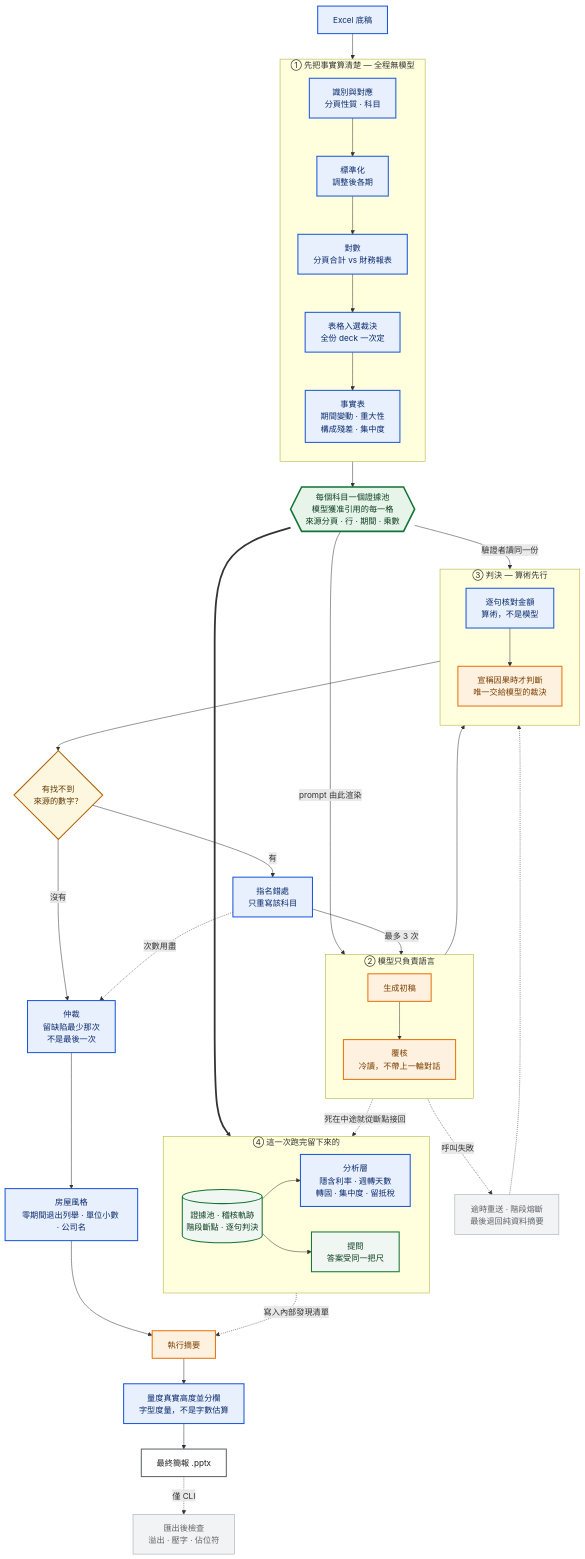
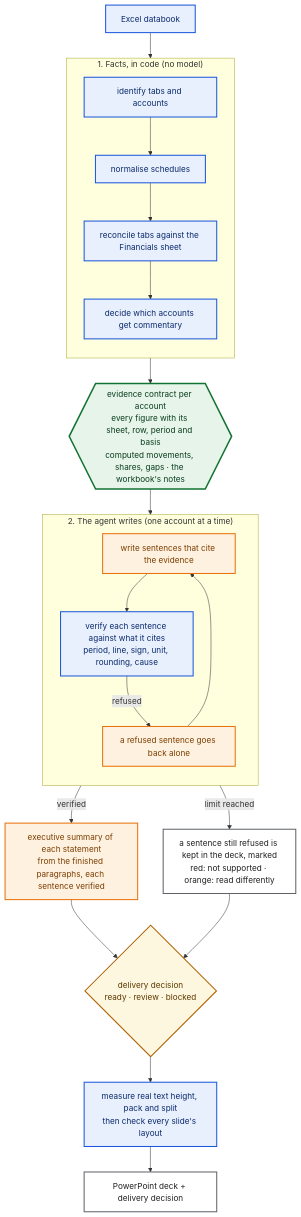
The diagram in README.md (yutsang/python-pptx), drawn with Mermaid before and after one commit. The commit also changed other lines of this file and 1 other file, not shown here.

Commit message:
README.md, methods.md describe the agent path (one path, no switch; what replaced each part of the old pipeline; the commands that exist). The local CLAUDE.md and AGENTS.md are updated the same way.

````diff
--- a/README.md
+++ b/README.md
@@ -61,83 +54,48 @@
     classDef det  fill:#E8F0FE,stroke:#1A56DB,stroke-width:2px,color:#0B2A6B
     classDef llm  fill:#FFF1E0,stroke:#E8710A,stroke-width:2px,color:#7A3E00
     classDef pool fill:#E6F4EA,stroke:#137333,stroke-width:3px,color:#0B3D1E
-    classDef keep fill:#F0F7F2,stroke:#137333,stroke-width:2px,color:#0B3D1E
+    classDef gate fill:#FEF7E0,stroke:#B06000,stroke-width:2px,color:#5C3A00
     classDef edge fill:#FFFFFF,stroke:#5F6368,stroke-width:2px,color:#202124
-    classDef weak fill:#F1F3F4,stroke:#9AA0A6,stroke-width:1px,color:#5F6368
-    classDef gate fill:#FEF7E0,stroke:#B06000,stroke-width:2px,color:#5C3A00
 
-    XL["Excel 底稿"]
-    OUT["最終簡報 .pptx"]
+    XL["Excel databook"]
+    OUT["PowerPoint deck + delivery decision"]
 
-    subgraph S1["① 先把事實算清楚 — 全程無模型"]
+    subgraph S1["1. Facts, in code (no model)"]
         direction TB
-        RES["識別與對應<br/>分頁性質 · 科目"]
-        NORM["標準化<br/>調整後各期"]
-        REC["對數<br/>分頁合計 vs 財務報表"]
-        SUB["表格入選裁決<br/>全份 deck 一次定"]
-        FACT["事實表<br/>期間變動 · 重大性<br/>構成殘差 · 集中度"]
-        RES --> NORM --> REC --> SUB --> FACT
+        RES["identify tabs and accounts"]
+        NORM["normalise schedules"]
+        REC["reconcile tabs against the Financials sheet"]
+        SEL["decide which accounts get commentary"]
+        RES --> NORM --> REC --> SEL
     end
 
-    EV{{"每個科目一個證據池<br/>模型獲准引用的每一格<br/>來源分頁 · 行 · 期間 · 乘數"}}
+    EV{{"evidence contract per account<br/>every figure with its sheet, row, period and basis<br/>computed movements, shares, gaps · the workbook's notes"}}
 
-    subgraph S2["② 模型只負責語言"]
+    subgraph S2["2. The agent writes (one account at a time)"]
         direction TB
-        GEN["生成初稿"]
-        AUD["覆核<br/>冷讀，不帶上一輪對話"]
-        GEN --> AUD
+        WR["write sentences that cite the evidence"]
+        VER["verify each sentence against what it cites<br/>period, line, sign, unit, rounding, cause"]
+        FIX["a refused sentence goes back alone"]
+        WR --> VER
+        VER -->|"refused"| FIX --> WR
     end
 
-    subgraph S3["③ 判決 — 算術先行"]
-        direction TB
-        CHK["逐句核對金額<br/>算術，不是模型"]
-        VAL["宣稱因果時才判斷<br/>唯一交給模型的裁決"]
-        CHK --> VAL
-    end
-
-    GATE{"有找不到<br/>來源的數字？"}
-    RE["指名錯處<br/>只重寫該科目"]
-    ARB["仲裁<br/>留缺陷最少那次<br/>不是最後一次"]
-    HS["房屋風格<br/>零期間退出列舉 · 單位小數 · 公司名"]
-    SUM["執行摘要"]
-    PACK["量度真實高度並分欄<br/>字型度量，不是字數估算"]
-    HAR["逾時重送 · 階段熔斷<br/>最後退回純資料摘要"]
-    QA["匯出後檢查<br/>溢出 · 壓字 · 佔位符"]
-
-    subgraph S4["④ 這一次跑完留下來的"]
-        direction LR
-        DISK[("證據池 · 稽核軌跡<br/>階段斷點 · 逐句判決")]
-        ANA["分析層<br/>隱含利率 · 週轉天數<br/>轉固 · 集中度 · 留抵稅"]
-        ASK["提問<br/>答案受同一把尺"]
-        DISK --> ANA
-        DISK --> ASK
-    end
+    SUM["executive summary of each statement<br/>from the finished paragraphs, each sentence verified"]
+    MARK["a sentence still refused is kept in the deck, marked<br/>red: not supported · orange: read differently"]
+    DEC{"delivery decision<br/>ready · review · blocked"}
+    PACK["measure real text height, pack and split<br/>then check every slide's layout"]
 
     XL --> RES
-    FACT --> EV
-    EV -->|"prompt 由此渲染"| GEN
-    EV -->|"驗證者讀同一份"| CHK
-    AUD --> CHK
-    VAL --> GATE
-    GATE -->|"有"| RE
-    RE -->|"最多 3 次"| GEN
-    GATE -->|"沒有"| ARB
-    RE -.->|"次數用盡"| ARB
-    ARB --> HS --> SUM --> PACK --> OUT
+    SEL --> EV --> WR
+    VER -->|"verified"| SUM
+    VER -->|"limit reached"| MARK
+    SUM --> DEC
+    MARK --> DEC
+    DEC --> PACK --> OUT
 
-    EV ==> DISK
-    ANA -.->|"寫入內部發現清單"| SUM
-
-    GEN -.->|"呼叫失敗"| HAR
-    HAR -.-> CHK
-    GEN -.->|"死在中途就從斷點接回"| DISK
-    OUT -.->|"僅 CLI"| QA
-
-    class XL,RES,NORM,REC,SUB,FACT,CHK,RE,ARB,HS,PACK,ANA det
-    class GEN,AUD,VAL,SUM llm
+    class XL,RES,NORM,REC,SEL,VER,PACK det
+    class WR,FIX,SUM llm
     class EV pool
-    class DISK,ASK keep
-    class GATE gate
-    class HAR,QA weak
-    class OUT edge
+    class DEC gate
+    class MARK,OUT edge
 ```
````
